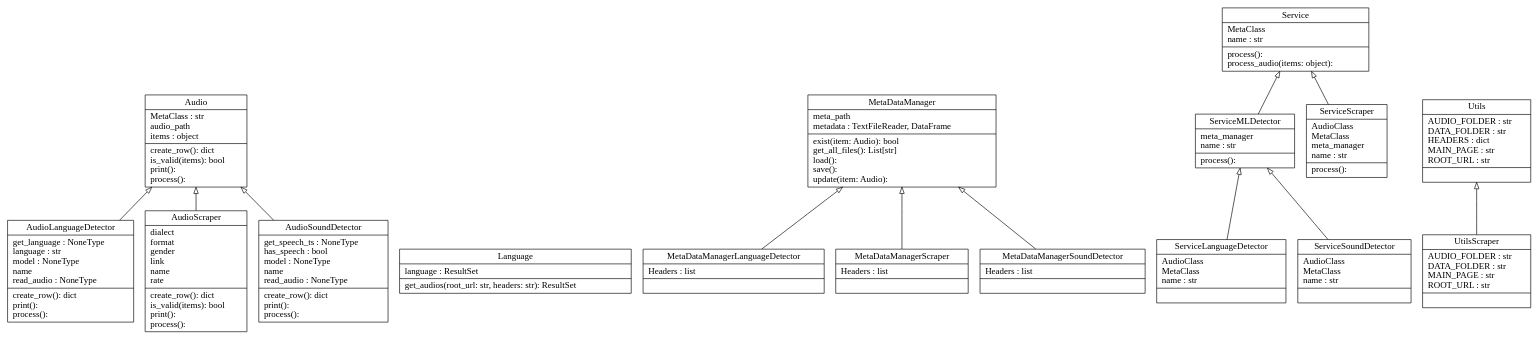
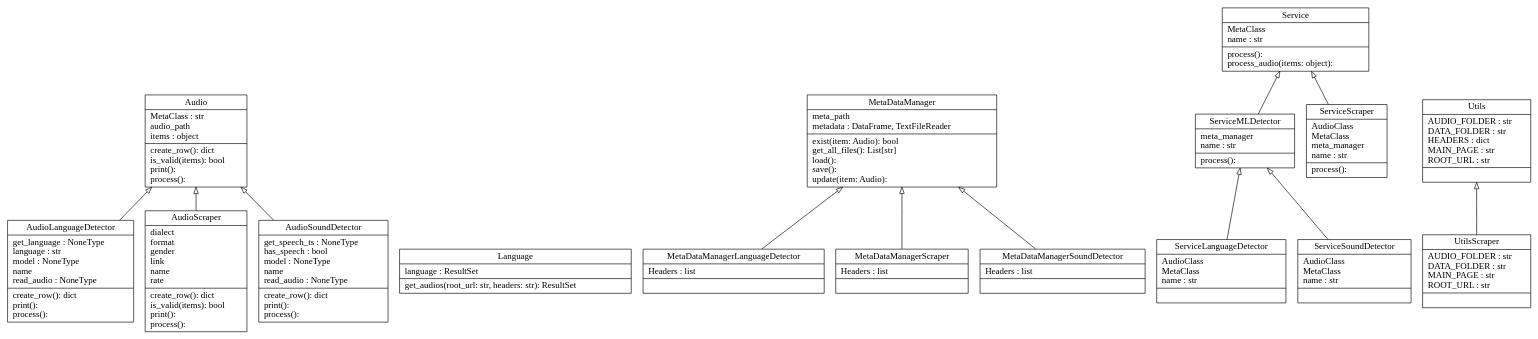
One commit to tdkhanhvu/VoiceScraping changed the diagram in classes.dot. Above: the diagram before and after it, drawn with Graphviz. The commit also changed 2 other files, not shown here.

Commit message:
Update class diagram

```diff
--- a/classes.dot
+++ b/classes.dot
@@ -1,31 +1,31 @@
 digraph "classes" {
 rankdir=BT
 charset="utf-8"
 "src.audio.Audio" [color="black", fontcolor="black", label="{Audio|MetaClass : str\laudio_path\litems : object\l|create_row(): dict\lis_valid(items): bool\lprint(): \lprocess(): \l}", shape="record", style="solid"];
 "src.audio.AudioLanguageDetector" [color="black", fontcolor="black", label="{AudioLanguageDetector|get_language : NoneType\llanguage : str\lmodel : NoneType\lname\lread_audio : NoneType\l|create_row(): dict\lprint(): \lprocess(): \l}", shape="record", style="solid"];
 "src.audio.AudioScraper" [color="black", fontcolor="black", label="{AudioScraper|dialect\lformat\lgender\llink\lname\lrate\l|create_row(): dict\lis_valid(items): bool\lprint(): \lprocess(): \l}", shape="record", style="solid"];
 "src.audio.AudioSoundDetector" [color="black", fontcolor="black", label="{AudioSoundDetector|get_speech_ts : NoneType\lhas_speech : bool\lmodel : NoneType\lname\lread_audio : NoneType\l|create_row(): dict\lprint(): \lprocess(): \l}", shape="record", style="solid"];
 "src.language.Language" [color="black", fontcolor="black", label="{Language|language : ResultSet\l|get_audios(root_url: str, headers: str): ResultSet\l}", shape="record", style="solid"];
-"src.metadatamanager.MetaDataManager" [color="black", fontcolor="black", label="{MetaDataManager|meta_path\lmetadata : TextFileReader, DataFrame\l|exist(item: Audio): bool\lget_all_files(): List[str]\lload(): \lsave(): \lupdate(item: Audio): \l}", shape="record", style="solid"];
+"src.metadatamanager.MetaDataManager" [color="black", fontcolor="black", label="{MetaDataManager|meta_path\lmetadata : DataFrame, TextFileReader\l|exist(item: Audio): bool\lget_all_files(): List[str]\lload(): \lsave(): \lupdate(item: Audio): \l}", shape="record", style="solid"];
 "src.metadatamanager.MetaDataManagerLanguageDetector" [color="black", fontcolor="black", label="{MetaDataManagerLanguageDetector|Headers : list\l|}", shape="record", style="solid"];
 "src.metadatamanager.MetaDataManagerScraper" [color="black", fontcolor="black", label="{MetaDataManagerScraper|Headers : list\l|}", shape="record", style="solid"];
 "src.metadatamanager.MetaDataManagerSoundDetector" [color="black", fontcolor="black", label="{MetaDataManagerSoundDetector|Headers : list\l|}", shape="record", style="solid"];
 "src.service.Service" [color="black", fontcolor="black", label="{Service|MetaClass\lname : str\l|process(): \lprocess_audio(items: object): \l}", shape="record", style="solid"];
 "src.service.ServiceLanguageDetector" [color="black", fontcolor="black", label="{ServiceLanguageDetector|AudioClass\lMetaClass\lname : str\l|}", shape="record", style="solid"];
 "src.service.ServiceMLDetector" [color="black", fontcolor="black", label="{ServiceMLDetector|meta_manager\lname : str\l|process(): \l}", shape="record", style="solid"];
 "src.service.ServiceScraper" [color="black", fontcolor="black", label="{ServiceScraper|AudioClass\lMetaClass\lmeta_manager\lname : str\l|process(): \l}", shape="record", style="solid"];
 "src.service.ServiceSoundDetector" [color="black", fontcolor="black", label="{ServiceSoundDetector|AudioClass\lMetaClass\lname : str\l|}", shape="record", style="solid"];
 "src.utils.Utils" [color="black", fontcolor="black", label="{Utils|AUDIO_FOLDER : str\lDATA_FOLDER : str\lHEADERS : dict\lMAIN_PAGE : str\lROOT_URL : str\l|}", shape="record", style="solid"];
 "src.utils.UtilsScraper" [color="black", fontcolor="black", label="{UtilsScraper|AUDIO_FOLDER : str\lDATA_FOLDER : str\lMAIN_PAGE : str\lROOT_URL : str\l|}", shape="record", style="solid"];
 "src.audio.AudioLanguageDetector" -> "src.audio.Audio" [arrowhead="empty", arrowtail="none"];
 "src.audio.AudioScraper" -> "src.audio.Audio" [arrowhead="empty", arrowtail="none"];
 "src.audio.AudioSoundDetector" -> "src.audio.Audio" [arrowhead="empty", arrowtail="none"];
 "src.metadatamanager.MetaDataManagerLanguageDetector" -> "src.metadatamanager.MetaDataManager" [arrowhead="empty", arrowtail="none"];
 "src.metadatamanager.MetaDataManagerScraper" -> "src.metadatamanager.MetaDataManager" [arrowhead="empty", arrowtail="none"];
 "src.metadatamanager.MetaDataManagerSoundDetector" -> "src.metadatamanager.MetaDataManager" [arrowhead="empty", arrowtail="none"];
 "src.service.ServiceLanguageDetector" -> "src.service.ServiceMLDetector" [arrowhead="empty", arrowtail="none"];
 "src.service.ServiceMLDetector" -> "src.service.Service" [arrowhead="empty", arrowtail="none"];
 "src.service.ServiceScraper" -> "src.service.Service" [arrowhead="empty", arrowtail="none"];
 "src.service.ServiceSoundDetector" -> "src.service.ServiceMLDetector" [arrowhead="empty", arrowtail="none"];
 "src.utils.UtilsScraper" -> "src.utils.Utils" [arrowhead="empty", arrowtail="none"];
 }
```
